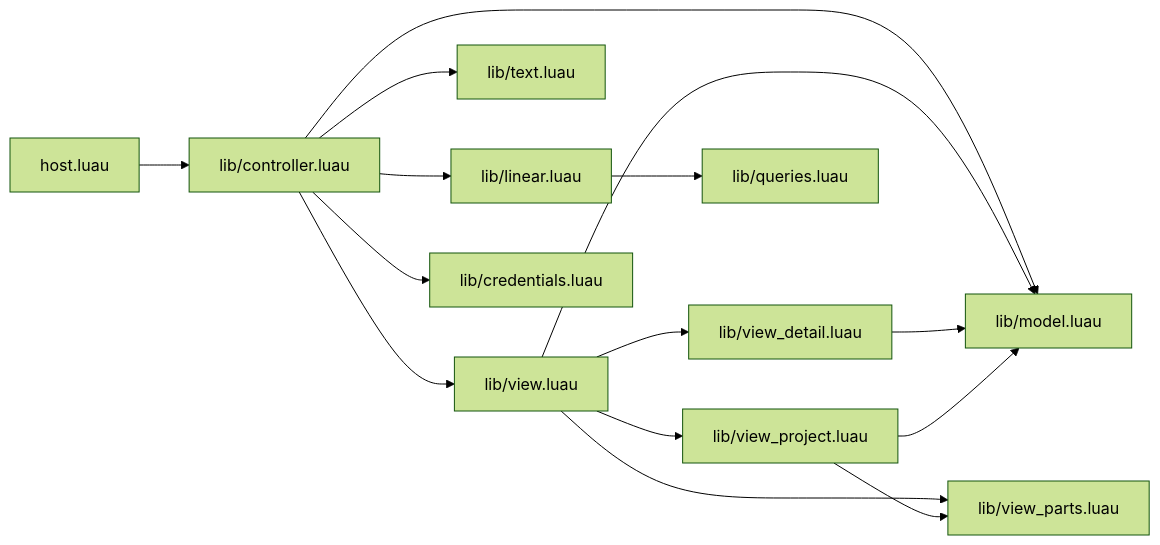
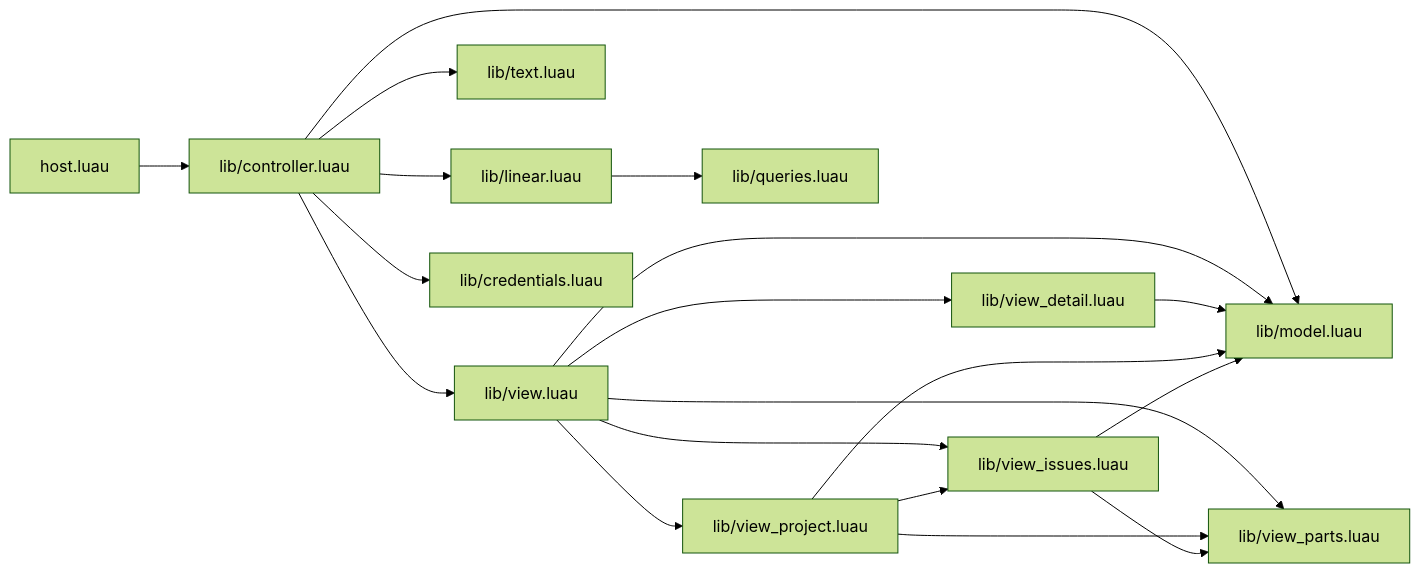
The diagram in docs/ARCHITECTURE.md (ImArtisann/tern-linear), drawn with Mermaid (forest theme) before and after one commit. The commit also changed other lines of this file and 2 other files, not shown here.

First line of the commit message:
docs: Issues tab in the architecture contract, README and changelog

````diff
--- a/docs/ARCHITECTURE.md
+++ b/docs/ARCHITECTURE.md
@@ -7,17 +7,21 @@
 ```mermaid
 flowchart LR
   host[host.luau] --> ctl[lib/controller.luau]
   ctl --> view[lib/view.luau]
   view --> detail[lib/view_detail.luau]
   view --> page[lib/view_project.luau]
+  view --> issues[lib/view_issues.luau]
+  page --> issues
   view --> parts[lib/view_parts.luau]
   page --> parts
+  issues --> parts
   ctl --> model[lib/model.luau]
   ctl --> text[lib/text.luau]
   ctl --> linear[lib/linear.luau]
   ctl --> cred[lib/credentials.luau]
   linear --> queries[lib/queries.luau]
   view --> model
   detail --> model
   page --> model
+  issues --> model
 ```
````
